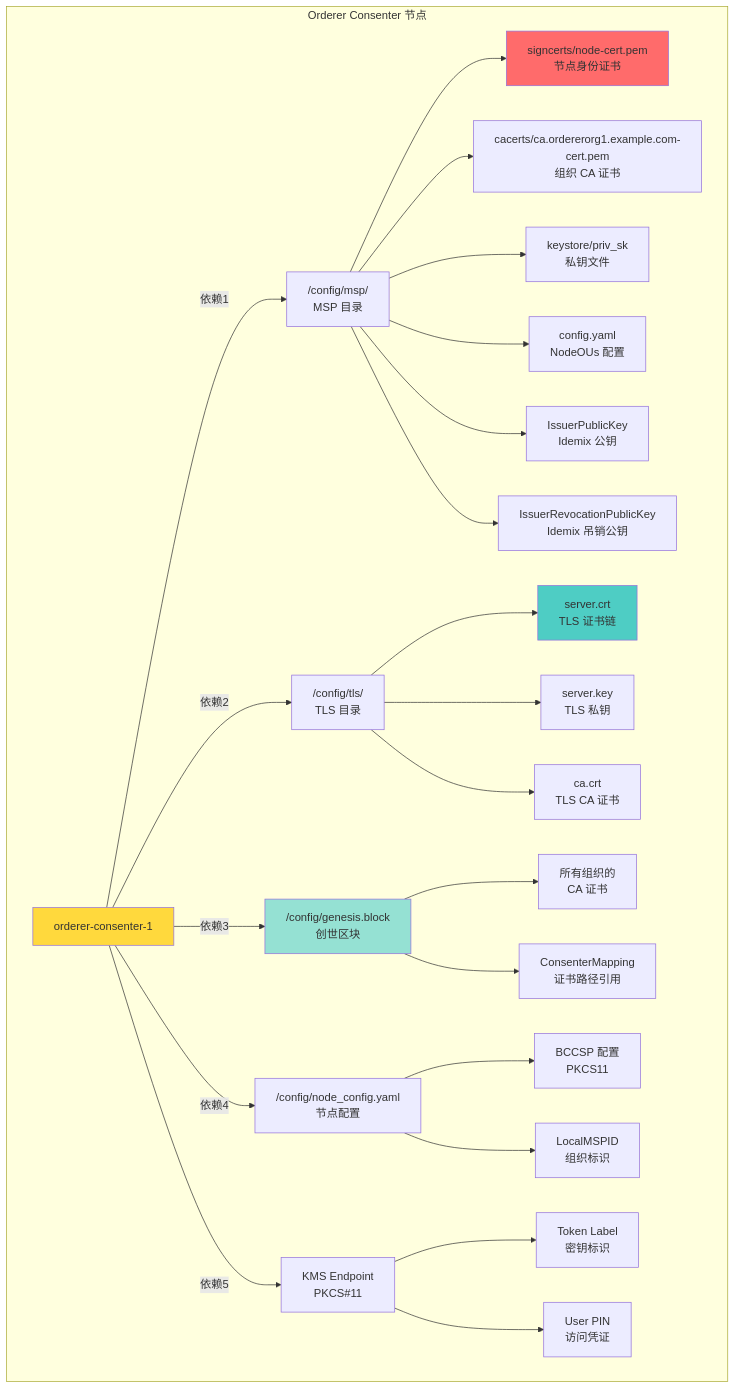
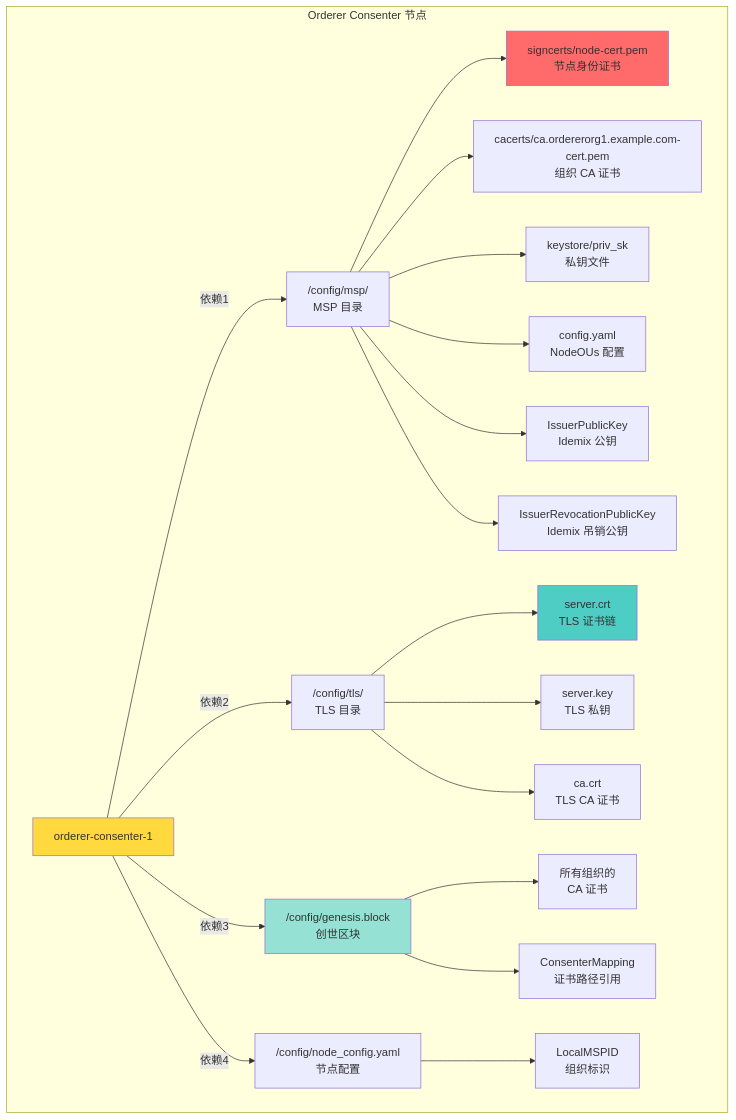
The fourth of 7 diagrams in docs/CERTIFICATE_DEPLOYMENT_GUIDE.md (Built-by-Sign/fabric-x-network), drawn with Mermaid before and after one commit. The commit also changed other lines of this file, not shown here.

Commit message:
docs: remove KMS flow diagrams from certificate guide (part 1)

````diff
--- a/docs/CERTIFICATE_DEPLOYMENT_GUIDE.md
+++ b/docs/CERTIFICATE_DEPLOYMENT_GUIDE.md
@@ -171,42 +167,37 @@
 ```mermaid
 graph TD
     subgraph "Orderer Consenter 节点"
         Node["orderer-consenter-1"]
-        
+
         Node -->|依赖1| MSPDir["/config/msp/<br/>MSP 目录"]
         Node -->|依赖2| TLSDir["/config/tls/<br/>TLS 目录"]
         Node -->|依赖3| Genesis["/config/genesis.block<br/>创世区块"]
         Node -->|依赖4| Config["/config/node_config.yaml<br/>节点配置"]
-        Node -->|依赖5| KMS["KMS Endpoint<br/>PKCS#11"]
-        
+
         MSPDir --> SignCert["signcerts/node-cert.pem<br/>节点身份证书"]
         MSPDir --> CACert["cacerts/ca.ordererorg1.example.com-cert.pem<br/>组织 CA 证书"]
         MSPDir --> PrivKey["keystore/priv_sk<br/>私钥文件"]
         MSPDir --> MSPConfig["config.yaml<br/>NodeOUs 配置"]
         MSPDir --> IssuerPK["IssuerPublicKey<br/>Idemix 公钥"]
         MSPDir --> RevocPK["IssuerRevocationPublicKey<br/>Idemix 吊销公钥"]
-        
+
         TLSDir --> TLSCert["server.crt<br/>TLS 证书链"]
         TLSDir --> TLSKey["server.key<br/>TLS 私钥"]
         TLSDir --> TLSCACert["ca.crt<br/>TLS CA 证书"]
-        
+
         Genesis --> OrgMSPs["所有组织的<br/>CA 证书"]
         Genesis --> ConsenterMap["ConsenterMapping<br/>证书路径引用"]
-        
-        Config --> BCCSP["BCCSP 配置<br/>PKCS11"]
+
         Config --> MSPID["LocalMSPID<br/>组织标识"]
-        
-        KMS --> TokenLabel["Token Label<br/>密钥标识"]
-        KMS --> UserPin["User PIN<br/>访问凭证"]
     end
-    
+
     Node:::yellow
     SignCert:::red
     TLSCert:::blue
     Genesis:::green
 
     classDef red fill:#ff6b6b
     classDef blue fill:#4ecdc4
     classDef yellow fill:#ffd93d
     classDef green fill:#95e1d3
 ```
````
